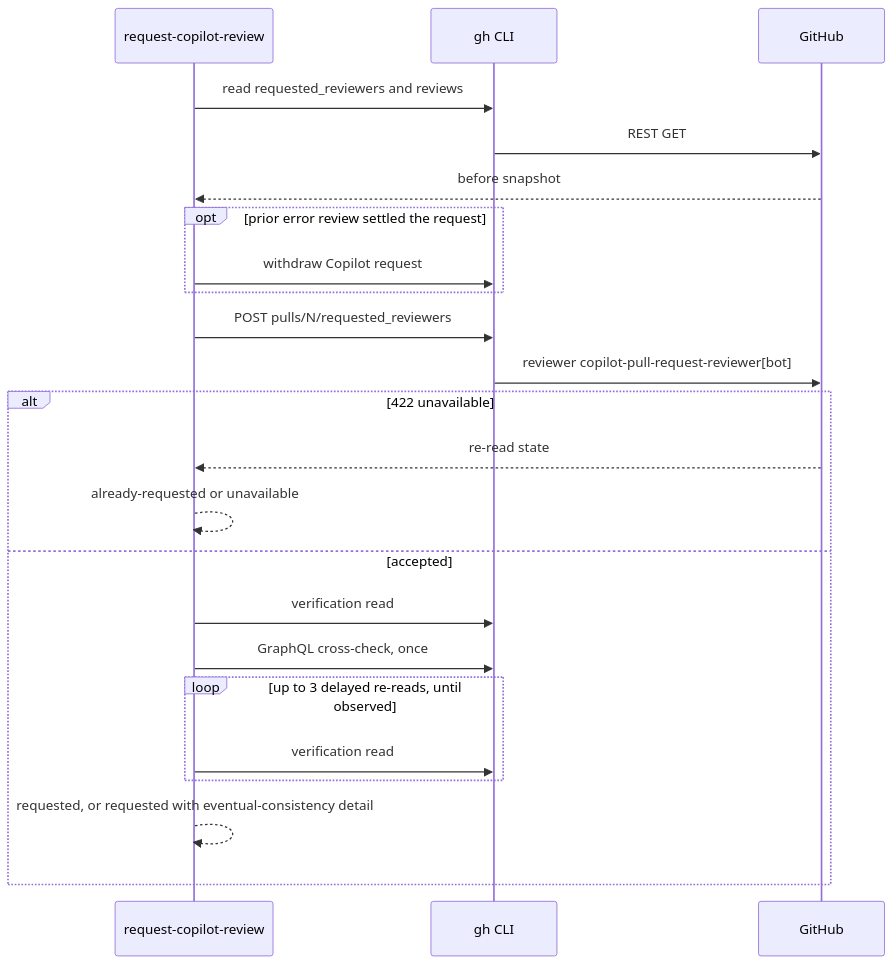
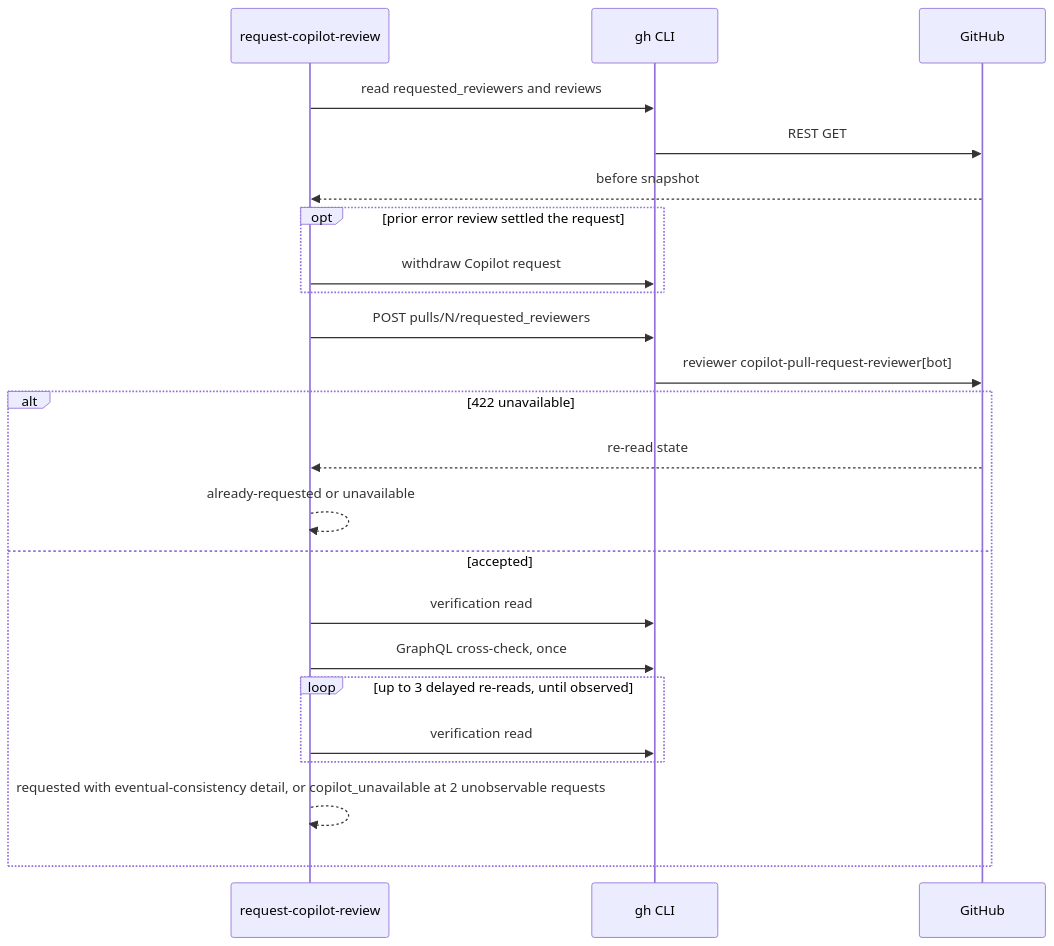
Before and after one commit to mfittko/dev-loops: the sixth of 16 diagrams in docs/atlas/06-integrations.md, drawn with Mermaid. The commit also changed other lines of this file and 23 other files, not shown here.

First line of the commit message:
fix(copilot): two unobservable requests on a head return copilot_unavailable (#3632)

````diff
--- a/docs/atlas/06-integrations.md
+++ b/docs/atlas/06-integrations.md
@@ -212,25 +212,25 @@
 ```mermaid
 sequenceDiagram
   participant S as request-copilot-review
   participant GH as gh CLI
   participant API as GitHub
   S->>GH: read requested_reviewers and reviews
   GH->>API: REST GET
   API-->>S: before snapshot
   opt prior error review settled the request
     S->>GH: withdraw Copilot request
   end
   S->>GH: POST pulls/N/requested_reviewers
   GH->>API: reviewer copilot-pull-request-reviewer[bot]
   alt 422 unavailable
     API-->>S: re-read state
     S-->>S: already-requested or unavailable
   else accepted
     S->>GH: verification read
     S->>GH: GraphQL cross-check, once
     loop up to 3 delayed re-reads, until observed
       S->>GH: verification read
     end
-    S-->>S: requested, or requested with eventual-consistency detail
+    S-->>S: requested with eventual-consistency detail, or copilot_unavailable at 2 unobservable requests
   end
 ```
````
